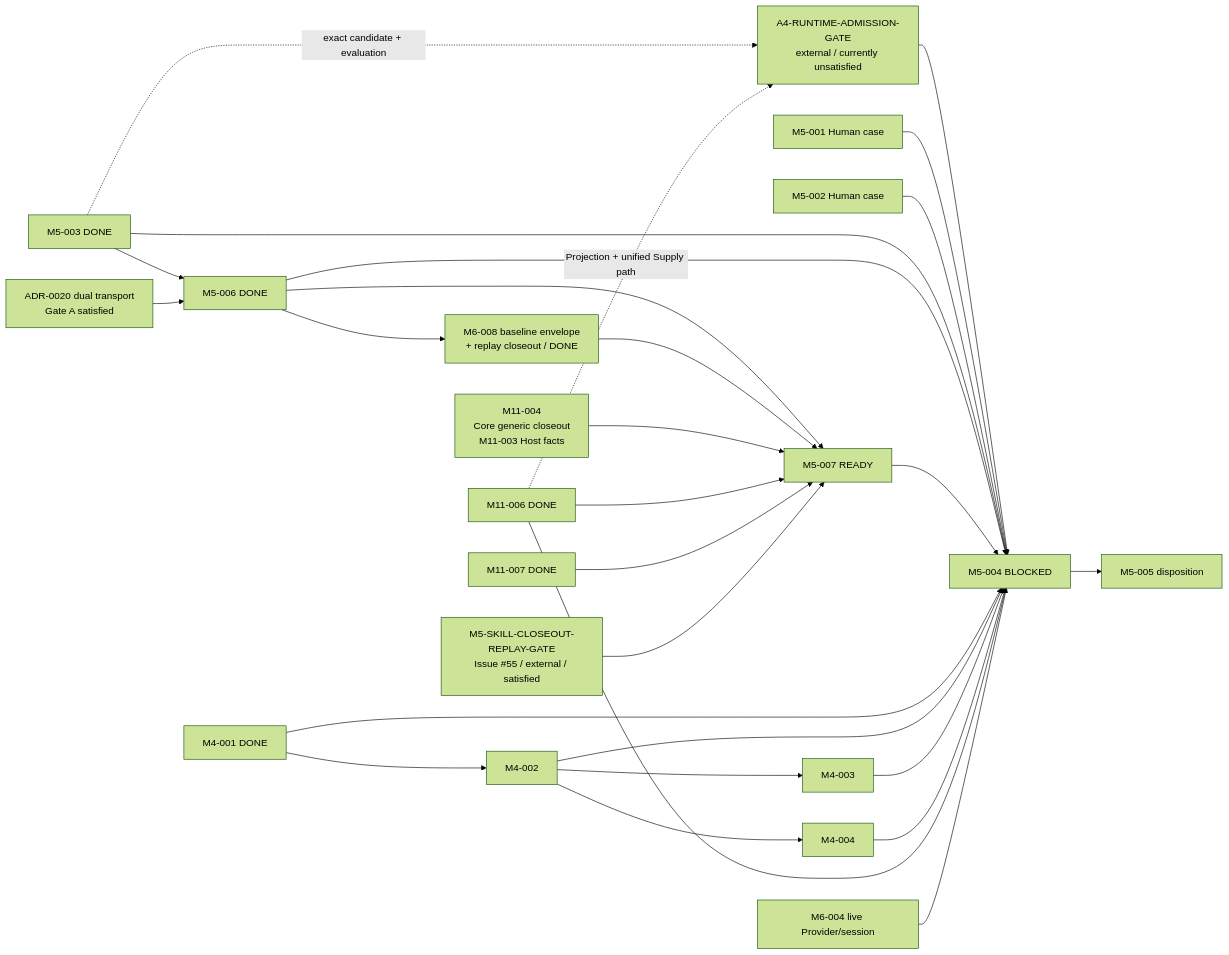
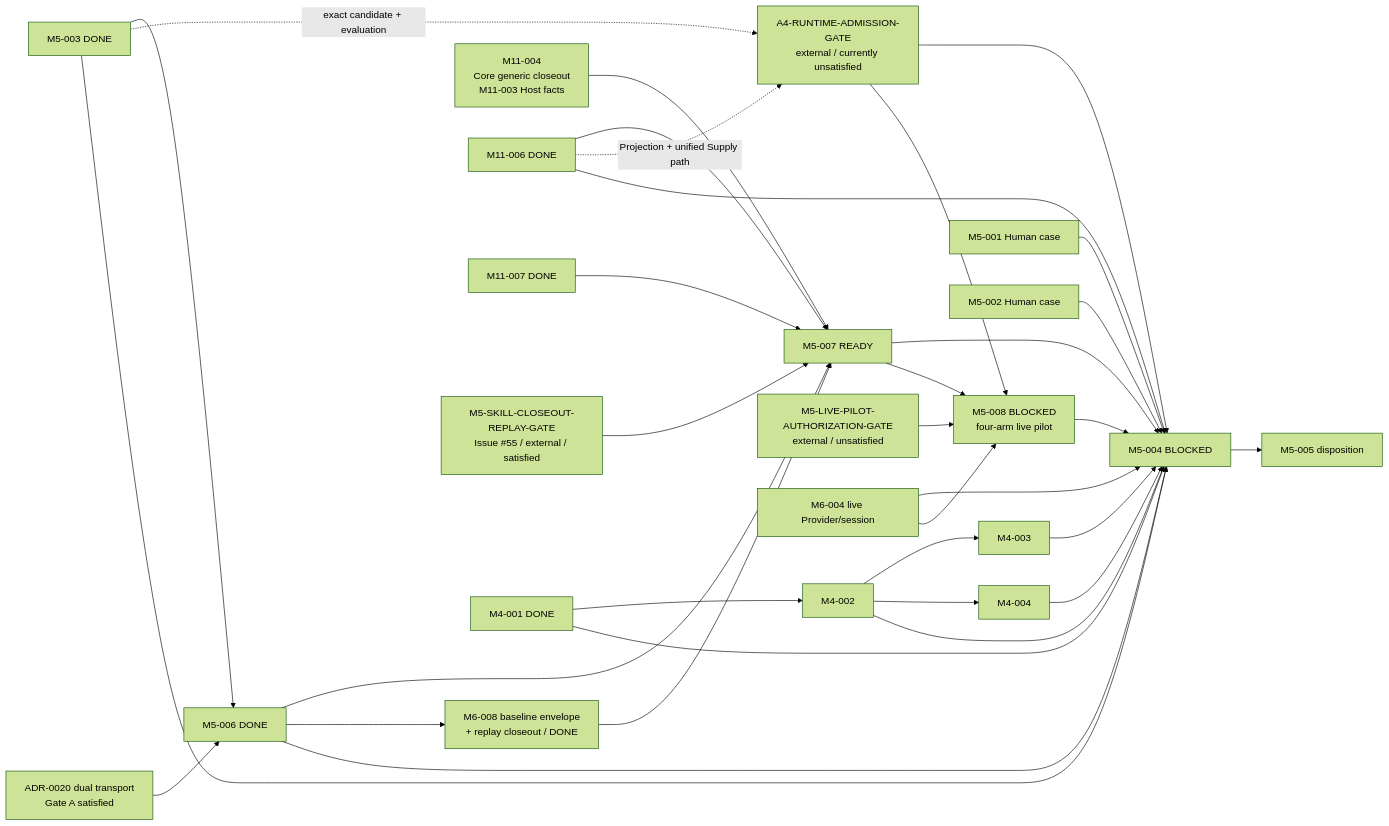
Before and after one commit to Chengyue-Lu/research-agent-workbench: the second of 2 diagrams in docs/workstreams/chengyue-lu/M5-SYSTEM-EVALUATION-DESIGN/README.md, drawn with Mermaid (forest theme). The commit also changed other lines of this file and 14 other files, not shown here.

Commit message:
docs(M5-008): require live pilot gate before formal evaluation

````diff
--- a/docs/workstreams/chengyue-lu/M5-SYSTEM-EVALUATION-DESIGN/README.md
+++ b/docs/workstreams/chengyue-lu/M5-SYSTEM-EVALUATION-DESIGN/README.md
@@ -284,33 +289,38 @@
 ```mermaid
 flowchart LR
     M5003["M5-003 DONE"] --> M5006["M5-006 DONE"]
     BTG["ADR-0020 dual transport<br/>Gate A satisfied"] --> M5006
     M5006 --> M5007["M5-007 READY"]
     M5006 --> M6008["M6-008 baseline envelope<br/>+ replay closeout / DONE"]
     M6008 --> M5007
     M1104["M11-004<br/>Core generic closeout<br/>M11-003 Host facts"] --> M5007
     M1106["M11-006 DONE"] --> M5007
     M1107["M11-007 DONE"] --> M5007
     SCG["M5-SKILL-CLOSEOUT-REPLAY-GATE<br/>Issue #55 / external / satisfied"] --> M5007
 
     M5003 -. "exact candidate + evaluation" .-> A4G["A4-RUNTIME-ADMISSION-GATE<br/>external / currently unsatisfied"]
     M1106 -. "Projection + unified Supply path" .-> A4G
     A4G --> M5004
 
     M4001["M4-001 DONE"] --> M4002["M4-002"]
     M4002 --> M4003["M4-003"]
     M4002 --> M4004["M4-004"]
 
     M5001["M5-001 Human case"] --> M5004["M5-004 BLOCKED"]
     M5002["M5-002 Human case"] --> M5004
     M5003 --> M5004
     M5006 --> M5004
     M5007 --> M5004
+    M5007 --> M5008["M5-008 BLOCKED<br/>four-arm live pilot"]
+    A4G --> M5008
+    PG["M5-LIVE-PILOT-AUTHORIZATION-GATE<br/>external / unsatisfied"] --> M5008
+    M5008 --> M5004
     M4001 --> M5004
     M4002 --> M5004
     M4003 --> M5004
     M4004 --> M5004
     M1106 --> M5004
     M6004["M6-004 live Provider/session"] --> M5004
+    M6004 --> M5008
     M5004 --> M5005["M5-005 disposition"]
 ```
````
